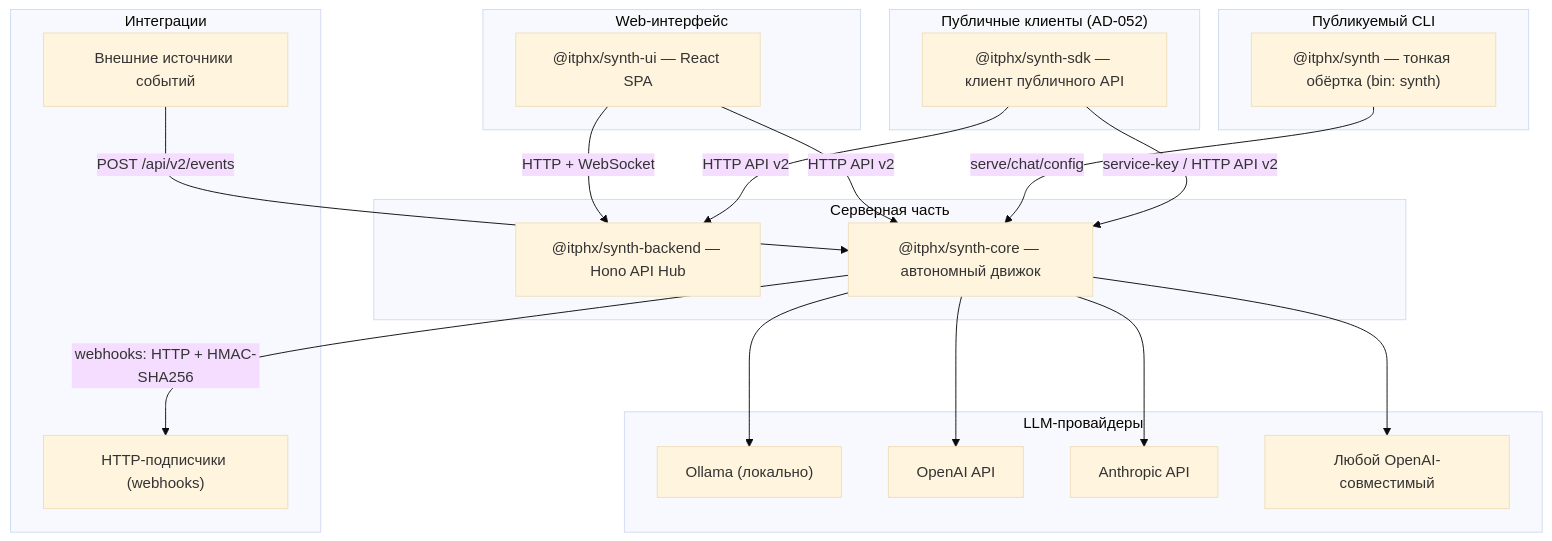
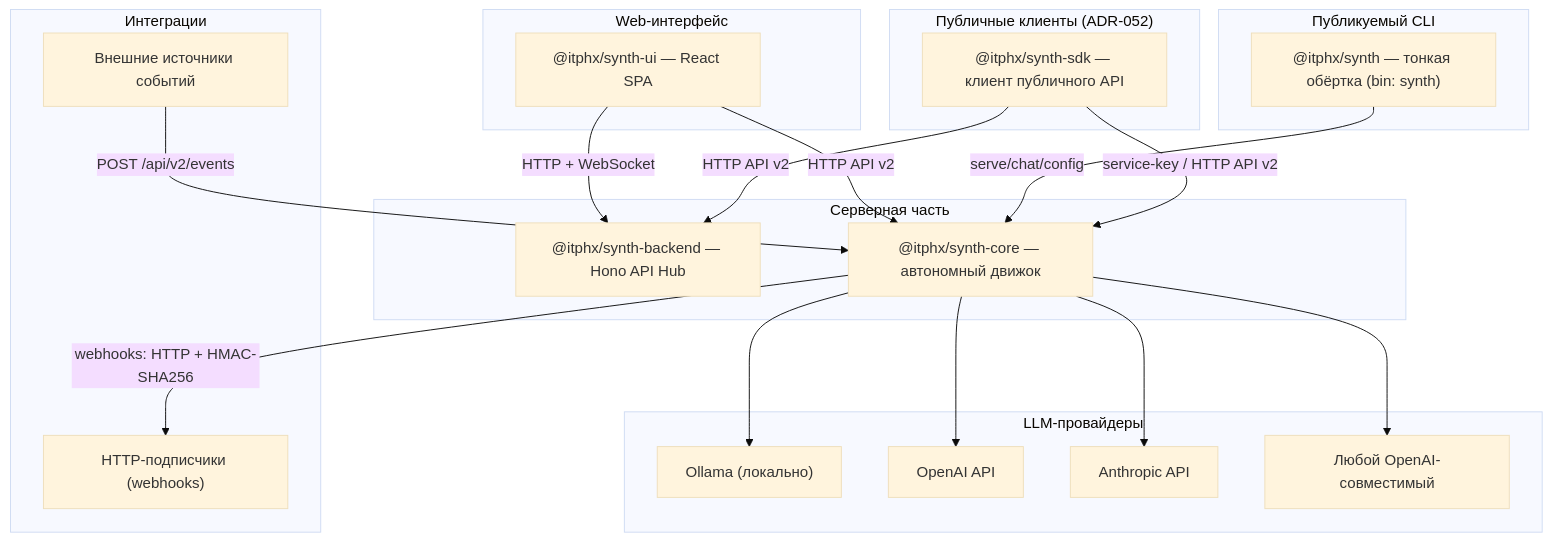
One commit to itphx/synth changed the first of 2 diagrams in docs/ARCHITECTURE.md. Above: the diagram before and after it, drawn with Mermaid (base theme). The commit also changed other lines of this file and 809 other files, not shown here.

````diff
--- a/docs/ARCHITECTURE.md
+++ b/docs/ARCHITECTURE.md
@@ -26,47 +26,47 @@
 ```mermaid
 flowchart TB
     subgraph UI["Web-интерфейс"]
         synth_ui["@itphx/synth-ui — React SPA"]
     end
 
     subgraph Server["Серверная часть"]
         synth_backend["@itphx/synth-backend — Hono API Hub"]
         synth_core["@itphx/synth-core — автономный движок"]
     end
 
     subgraph CLI["Публикуемый CLI"]
         synth_cli["@itphx/synth — тонкая обёртка (bin: synth)"]
     end
 
     subgraph LLM["LLM-провайдеры"]
         ollama["Ollama (локально)"]
         openai["OpenAI API"]
         anthropic["Anthropic API"]
         providers["Любой OpenAI-совместимый"]
     end
 
-    subgraph PublicClients["Публичные клиенты (AD-052)"]
+    subgraph PublicClients["Публичные клиенты (ADR-052)"]
         synth_sdk["@itphx/synth-sdk — клиент публичного API"]
     end
 
     subgraph Integrations["Интеграции"]
         event_sources["Внешние источники событий"]
         webhook_targets["HTTP-подписчики (webhooks)"]
     end
 
     synth_ui -->|HTTP + WebSocket| synth_backend
     synth_ui -->|HTTP API v2| synth_core
 
     synth_cli -->|serve/chat/config| synth_core
 
     synth_core --> ollama
     synth_core --> openai
     synth_core --> anthropic
     synth_core --> providers
 
     event_sources -->|POST /api/v2/events| synth_core
     synth_core -->|webhooks: HTTP + HMAC-SHA256| webhook_targets
 
     synth_sdk -->|service-key / HTTP API v2| synth_core
     synth_sdk -->|HTTP API v2| synth_backend
 ```
````
